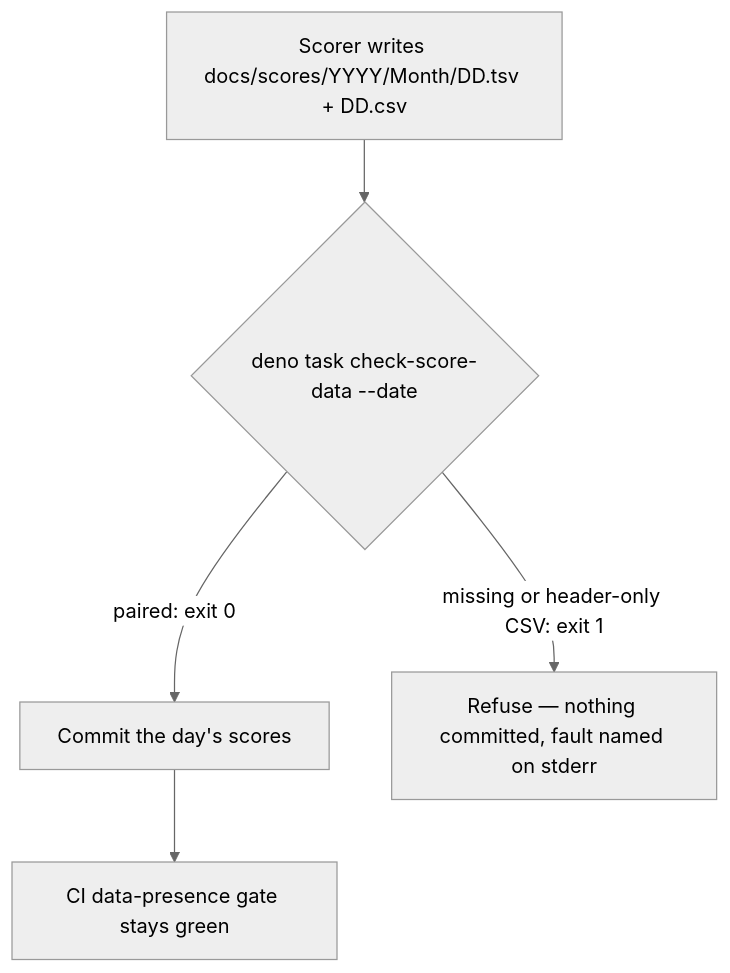
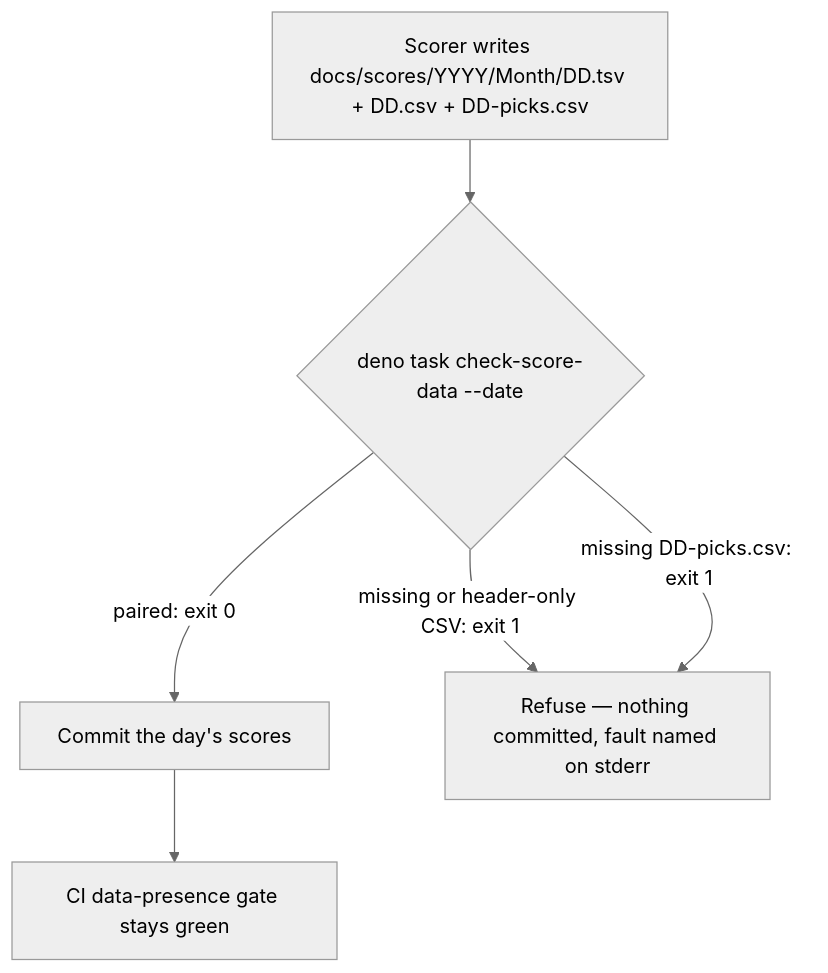
One commit to stSoftwareAU/GRQ-validation changed the fourth of 21 diagrams in README.md. Above: the diagram before and after it, drawn with Mermaid (neutral theme). The commit also changed other lines of this file and 436 other files, not shown here.

````diff
--- a/README.md
+++ b/README.md
@@ -220,7 +278,8 @@
 ```mermaid
 flowchart TD
-    W[Scorer writes docs/scores/YYYY/Month/DD.tsv + DD.csv] --> G{deno task check-score-data --date}
+    W[Scorer writes docs/scores/YYYY/Month/DD.tsv + DD.csv + DD-picks.csv] --> G{deno task check-score-data --date}
     G -->|paired: exit 0| C[Commit the day's scores]
     G -->|missing or header-only CSV: exit 1| R[Refuse — nothing committed, fault named on stderr]
+    G -->|missing DD-picks.csv: exit 1| R
     C --> CI[CI data-presence gate stays green]
 ```
````
